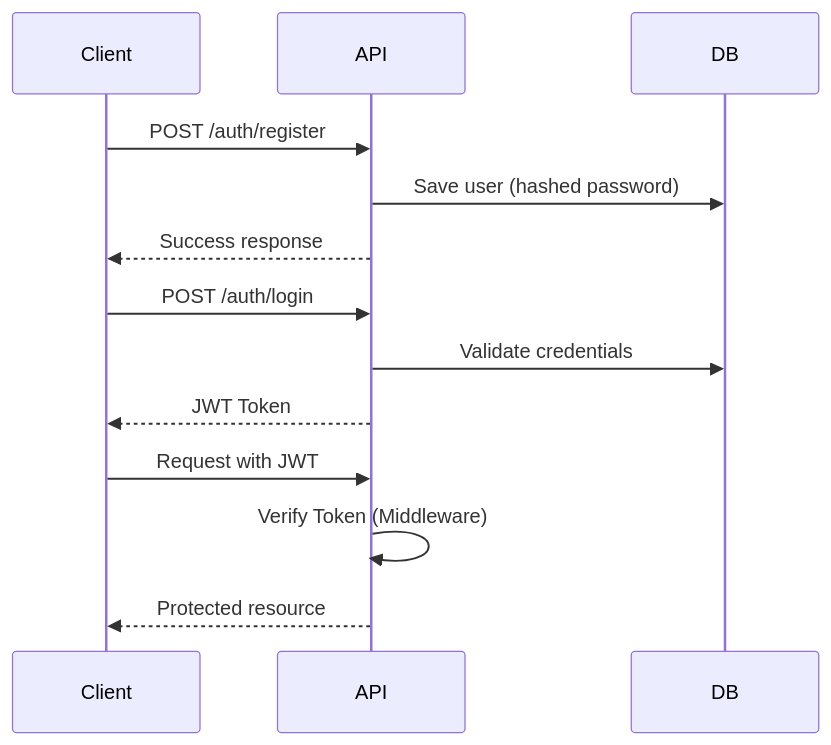
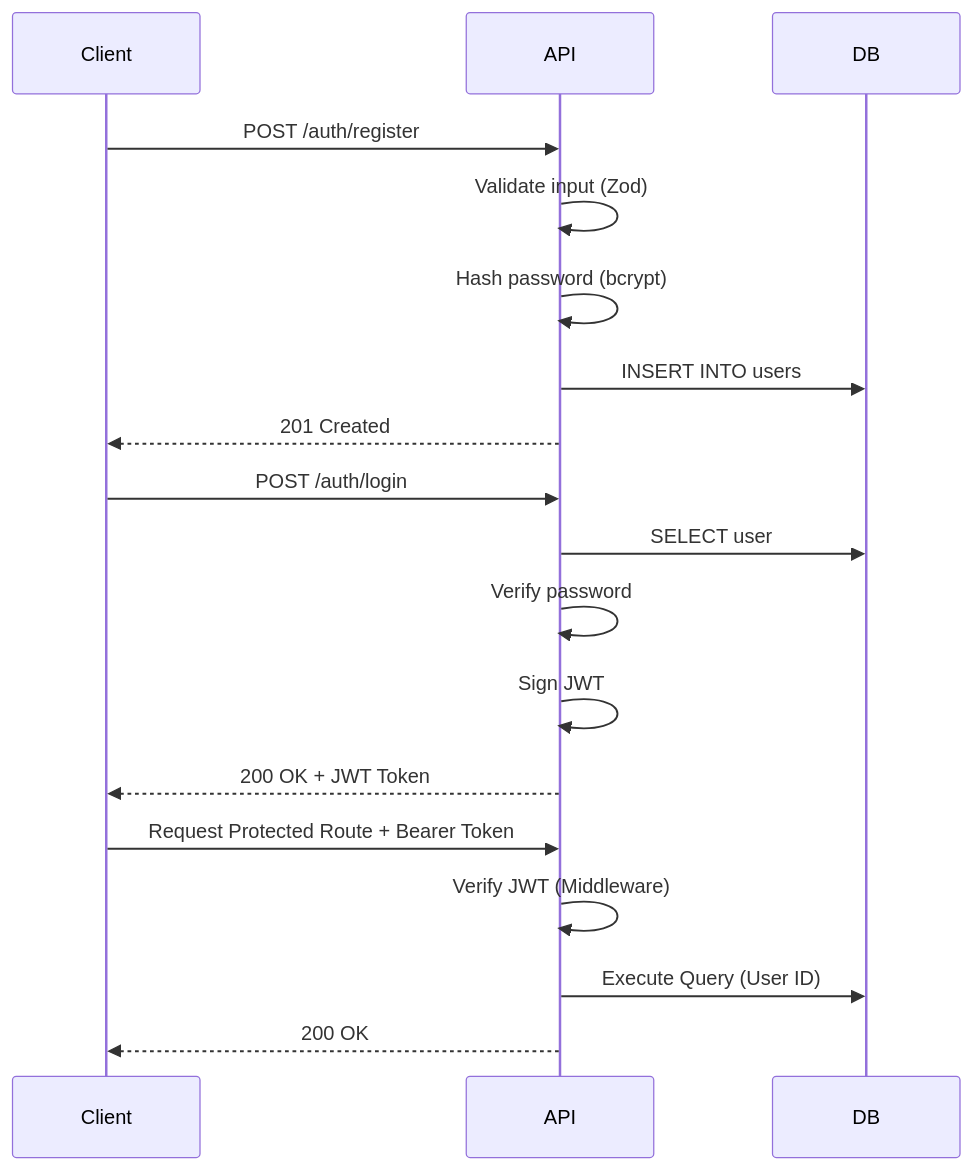
The second of 3 diagrams in README.md (BedirAvsar/task-api), drawn with Mermaid before and after one commit. The commit also changed other lines of this file, not shown here.

Commit message:
docs: rewrite README to production-grade backend portfolio format with architecture diagrams

````diff
--- a/README.md
+++ b/README.md
@@ -76,18 +55,23 @@
 ```mermaid
 sequenceDiagram
     participant Client
     participant API
     participant DB
 
     Client->>API: POST /auth/register
-    API->>DB: Save user (hashed password)
-    API-->>Client: Success response
+    API->>API: Validate input (Zod)
+    API->>API: Hash password (bcrypt)
+    API->>DB: INSERT INTO users
+    API-->>Client: 201 Created
 
     Client->>API: POST /auth/login
-    API->>DB: Validate credentials
-    API-->>Client: JWT Token
+    API->>DB: SELECT user
+    API->>API: Verify password
+    API->>API: Sign JWT
+    API-->>Client: 200 OK + JWT Token
 
-    Client->>API: Request with JWT
-    API->>API: Verify Token (Middleware)
-    API-->>Client: Protected resource
+    Client->>API: Request Protected Route + Bearer Token
+    API->>API: Verify JWT (Middleware)
+    API->>DB: Execute Query (User ID)
+    API-->>Client: 200 OK
 ```
````
